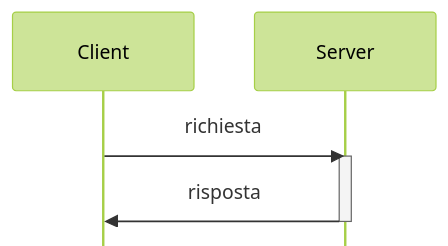
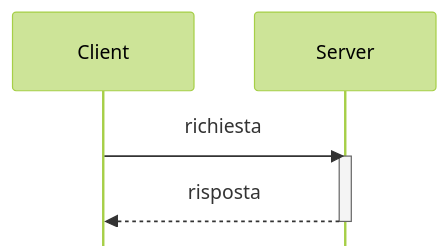
Before and after one commit to iacobucci/sviluppo_web_in_javascript: the first of 3 diagrams in slides/2.md, drawn with Mermaid. The commit also changed other lines of this file and 14 other files, not shown here.

```diff
--- a/slides/2.md
+++ b/slides/2.md
@@ -17,9 +19,9 @@
 <div class="mermaid">
 %%{init: {'theme': 'forest', 'mirrorActors': false} }%%
 sequenceDiagram
     Client->>Server: richiesta
 	activate Server
-    Server->>Client: risposta
+    Server-->>Client: risposta
 	deactivate Server
 
 </div>
```
